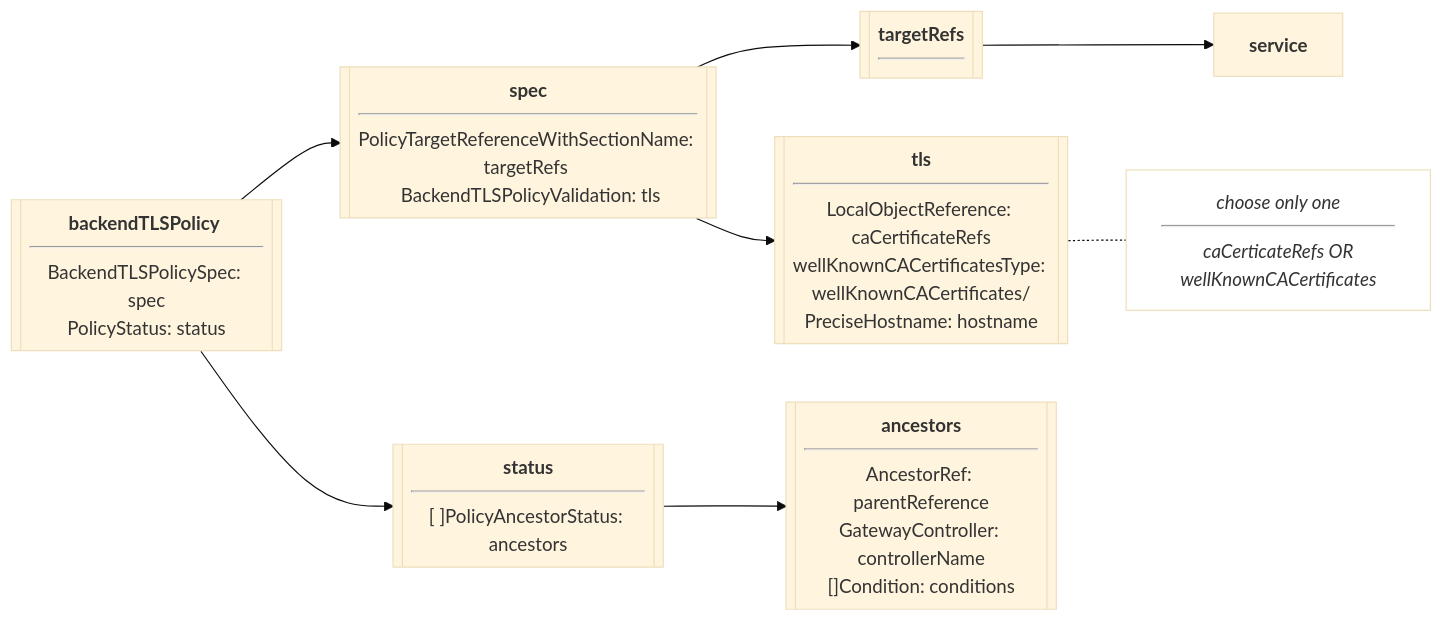
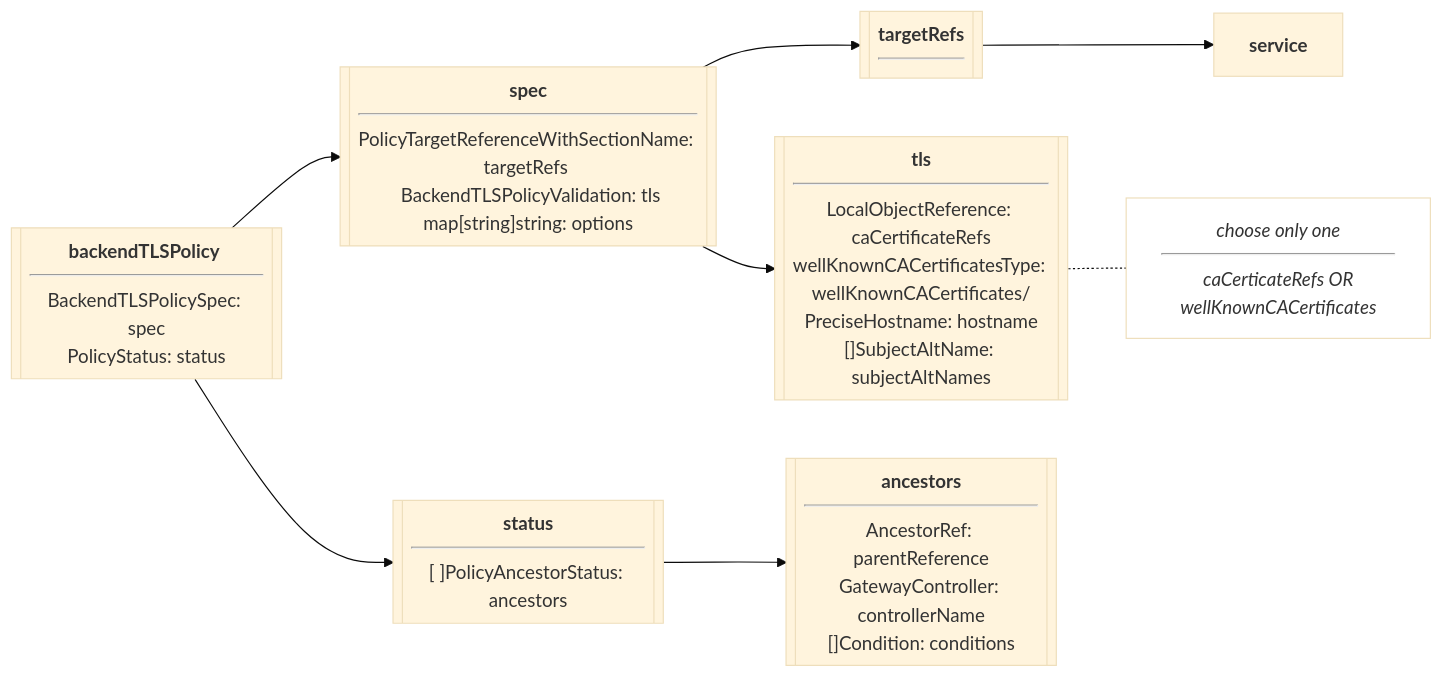
Before and after one commit to kubernetes-sigs/gateway-api: the first of 2 diagrams in site-src/api-types/backendtlspolicy.md, drawn with Mermaid (base theme). The commit also changed other lines of this file, not shown here.

First line of the commit message:
Add new BackendTLSPolicy configuration options to documentation:

````diff
--- a/site-src/api-types/backendtlspolicy.md
+++ b/site-src/api-types/backendtlspolicy.md
@@ -46,18 +54,18 @@
 ```mermaid
 flowchart LR
     backendTLSPolicy[["<b>backendTLSPolicy</b> <hr><align=left>BackendTLSPolicySpec: spec<br>PolicyStatus: status</align>"]]
-    spec[["<b>spec</b><hr>PolicyTargetReferenceWithSectionName: targetRefs <br> BackendTLSPolicyValidation: tls"]]
+    spec[["<b>spec</b><hr>PolicyTargetReferenceWithSectionName: targetRefs <br> BackendTLSPolicyValidation: tls<br>map[string]string: options"]]
     status[["<b>status</b><hr>[ ]PolicyAncestorStatus: ancestors"]]
-    validation[["<b>tls</b><hr>LocalObjectReference: caCertificateRefs<br>wellKnownCACertificatesType: wellKnownCACertificates/<br>PreciseHostname: hostname"]]
+    validation[["<b>tls</b><hr>LocalObjectReference: caCertificateRefs<br>wellKnownCACertificatesType: wellKnownCACertificates/<br>PreciseHostname: hostname<br>[]SubjectAltName: subjectAltNames"]]
     ancestorStatus[["<b>ancestors</b><hr>AncestorRef: parentReference<br>GatewayController: controllerName<br>[]Condition: conditions"]]
     targetRefs[[<b>targetRefs</b><hr>]]
     service["<b>service</>"]
     backendTLSPolicy -->spec
     backendTLSPolicy -->status
     spec -->targetRefs & validation
     status -->ancestorStatus
     targetRefs -->service
     note[<em>choose only one<hr> caCerticateRefs OR wellKnownCACertificates</em>]
     style note fill:#fff
     validation -.- note
 ```
````
